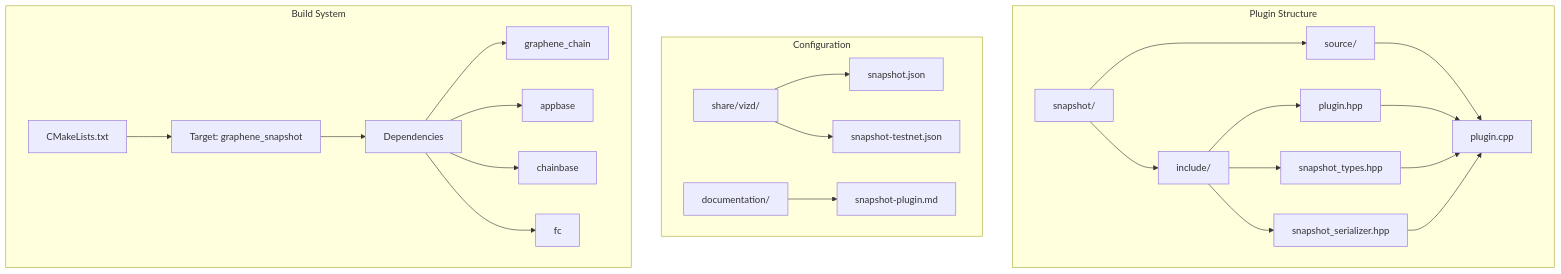
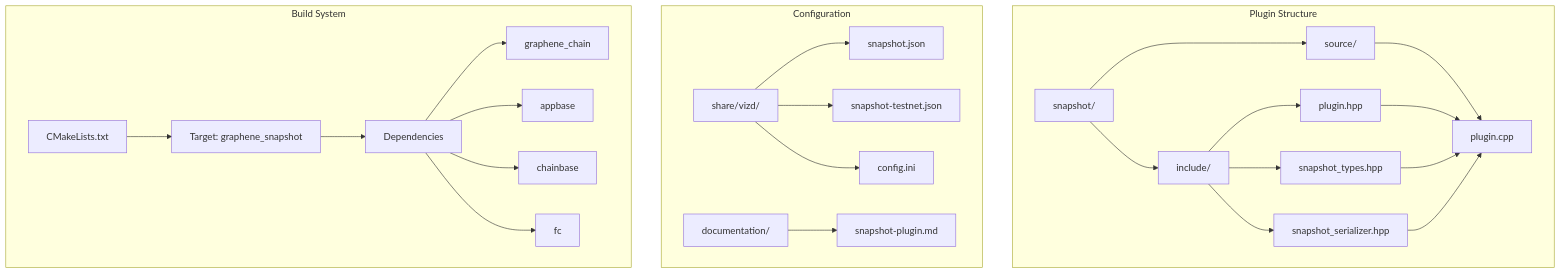
Before and after one commit to VIZ-Blockchain/viz-cpp-node: the first of 19 diagrams in .qoder/repowiki/en/content/Plugin System/Snapshot Plugin System.md, drawn with Mermaid. The commit also changed other lines of this file and 6 other files, not shown here.

````diff
--- a/.qoder/repowiki/en/content/Plugin System/Snapshot Plugin System.md
+++ b/.qoder/repowiki/en/content/Plugin System/Snapshot Plugin System.md
@@ -63,27 +66,28 @@
 ```mermaid
 graph TB
 subgraph "Plugin Structure"
 A[snapshot/] --> B[include/]
 A --> C[source/]
 B --> D[plugin.hpp]
 B --> E[snapshot_types.hpp]
 B --> F[snapshot_serializer.hpp]
 C --> G[plugin.cpp]
 end
 subgraph "Configuration"
 H[share/vizd/] --> I[snapshot.json]
 H --> J[snapshot-testnet.json]
-K[documentation/] --> L[snapshot-plugin.md]
+H --> K[config.ini]
+L[documentation/] --> M[snapshot-plugin.md]
 end
 subgraph "Build System"
-M[CMakeLists.txt] --> N[Target: graphene_snapshot]
-N --> O[Dependencies]
-O --> P[graphene_chain]
-O --> Q[appbase]
-O --> R[chainbase]
-O --> S[fc]
+N[CMakeLists.txt] --> O[Target: graphene_snapshot]
+O --> P[Dependencies]
+P --> Q[graphene_chain]
+P --> R[appbase]
+P --> S[chainbase]
+P --> T[fc]
 end
 D --> G
 E --> G
 F --> G
 ```
````
